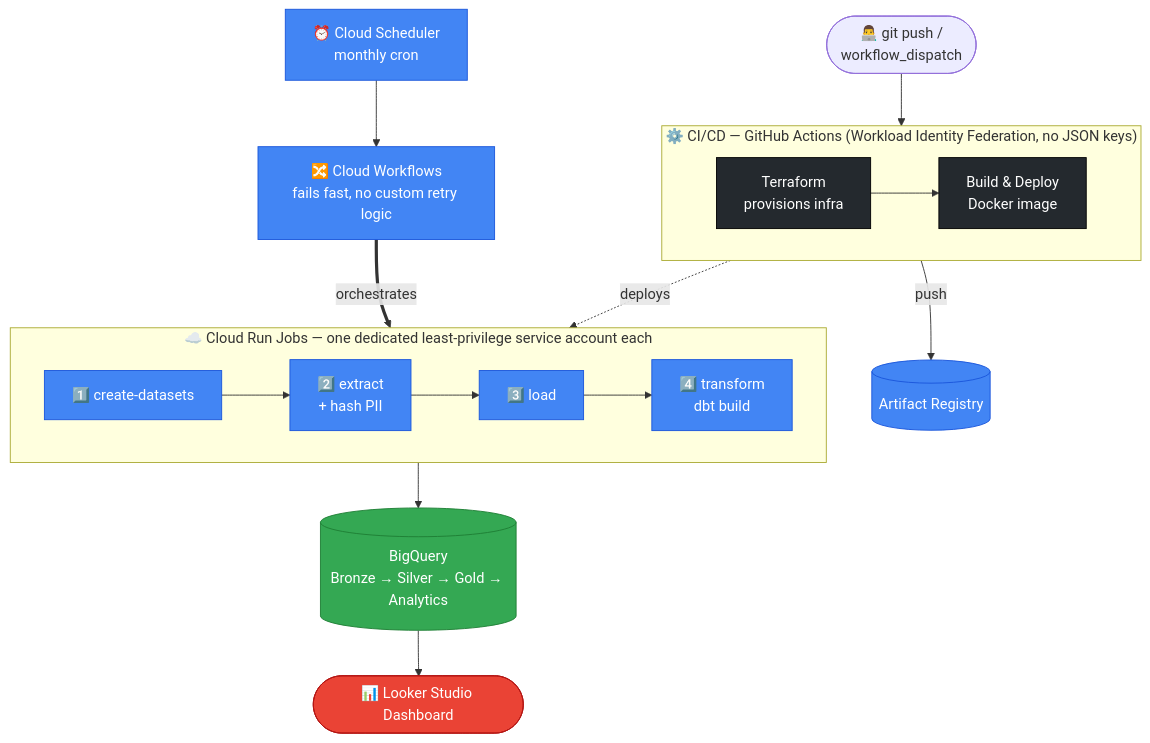
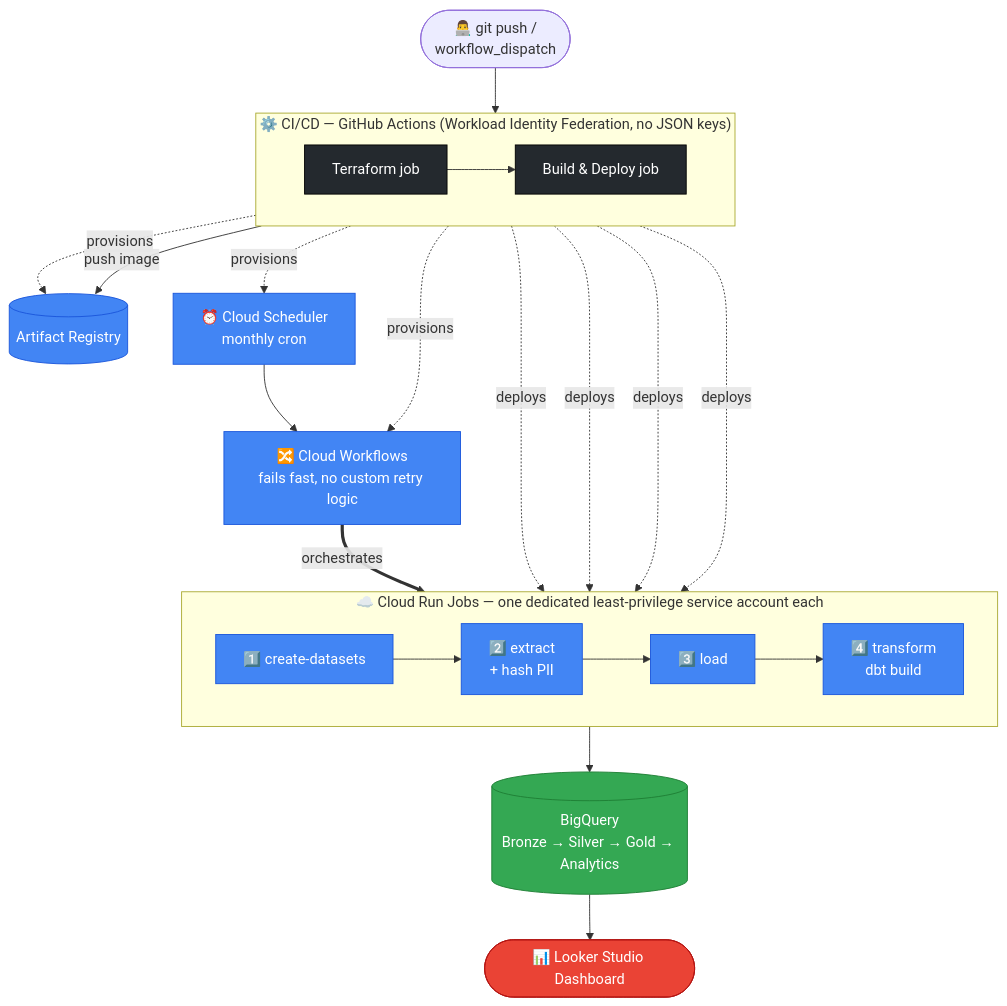
One commit to Kadiax/mta-payroll-nyc changed the diagram in README.md. Above: the diagram before and after it, drawn with Mermaid. The commit also changed 1 other file, not shown here.

Commit message:
docs: make the diagram show what Terraform actually provisions
The Terraform node only had a generic "provisions infra" label with
no arrows to back it up — a reader couldn't tell from the diagram
itself that it creates the Artifact Registry repo, the Workflow, and
the Scheduler job, as opposed to the deploy job doing any of that.
Added explicit "provisions" edges from the Terraform node to each of
the three resources it actually creates, and split the Artifact
Registry relationship in two: Terraform provisions the (empty) repo,
the deploy job separately pushes the image into it. Also made the
deploy job's "deploys" edge point to all 4 Cloud Run Jobs explicitly
instead of only the first one in the sequential chain.

Claude-Session: https://claude.ai/code/session_01WKUjPS3qStyNYsUXJpfRda

````diff
--- a/README.md
+++ b/README.md
@@ -31,32 +31,36 @@
 ```mermaid
 flowchart TD
     Dev(["👨‍💻 git push /<br/>workflow_dispatch"]) --> CICD
 
     subgraph CICD["⚙️ CI/CD — GitHub Actions (Workload Identity Federation, no JSON keys)"]
         direction LR
-        TF["Terraform<br/>provisions infra"] --> DPL["Build & Deploy<br/>Docker image"]
+        TF["Terraform job"] --> DPL["Build & Deploy job"]
     end
 
-    DPL -->|push| AR[("Artifact Registry")]
-    DPL -.->|deploys| J1
+    TF -.->|provisions| AR[("Artifact Registry")]
+    TF -.->|provisions| WF["🔀 Cloud Workflows<br/>fails fast, no custom retry logic"]
+    TF -.->|provisions| SCH["⏰ Cloud Scheduler<br/>monthly cron"]
+
+    DPL -->|push image| AR
+    DPL -.->|deploys| J1 & J2 & J3 & J4
 
     subgraph RUN["☁️ Cloud Run Jobs — one dedicated least-privilege service account each"]
         direction LR
         J1["1️⃣ create-datasets"] --> J2["2️⃣ extract<br/>+ hash PII"] --> J3["3️⃣ load"] --> J4["4️⃣ transform<br/>dbt build"]
     end
 
-    SCH["⏰ Cloud Scheduler<br/>monthly cron"] --> WF["🔀 Cloud Workflows<br/>fails fast, no custom retry logic"]
+    SCH --> WF
     WF ==>|orchestrates| J1
 
     J4 --> BQ[("BigQuery<br/>Bronze → Silver → Gold → Analytics")]
     BQ --> Looker(["📊 Looker Studio Dashboard"])
 
     classDef ci fill:#24292e,stroke:#000,color:#fff
     classDef gcp fill:#4285F4,stroke:#1a56db,color:#fff
     classDef data fill:#34A853,stroke:#1e7e34,color:#fff
     classDef bi fill:#EA4335,stroke:#b31412,color:#fff
     class TF,DPL ci
     class AR,J1,J2,J3,J4,SCH,WF gcp
     class BQ data
     class Looker bi
 ```
````
